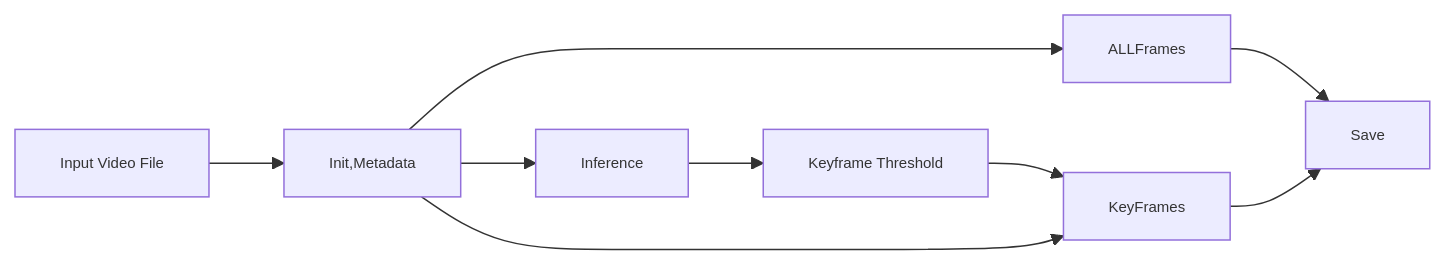
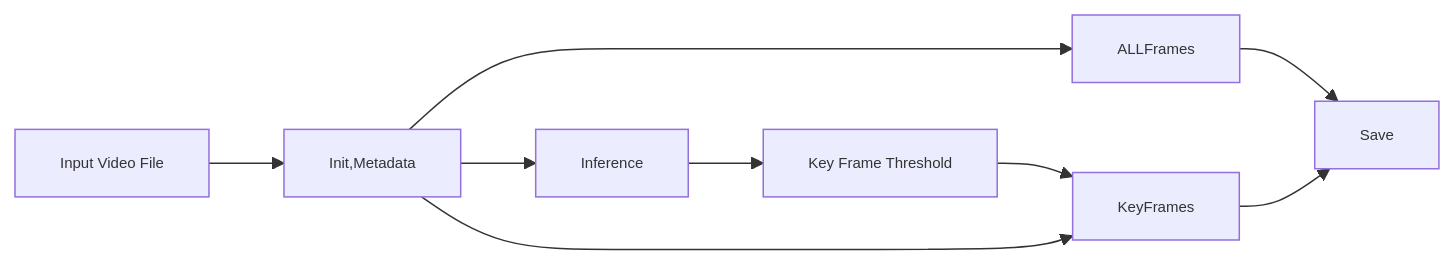
One commit to davidj-brewster/video-to-keyframes changed the second of 2 diagrams in README.md. Above: the diagram before and after it, drawn with Mermaid. The commit also changed other lines of this file, not shown here.

````diff
--- a/README.md
+++ b/README.md
@@ -171,19 +170,19 @@
 ```mermaid
 flowchart LR
     A[Input Video File] --> B[Init,Metadata]
     B --> E[Inference]
-    E --> F[Keyframe Threshold]
+    E --> F[Key Frame Threshold]
     F --> G[KeyFrames]
     B --> G[KeyFrames]
     B --> K[ALLFrames]
     K --> H[Save]
     G --> H[Save]
 
     style A font-size:10px
     style B font-size:10px
     style E font-size:10px
     style F font-size:10px
     style G font-size:10px
     style H font-size:10px
     style K font-size:10px
 ```
````
